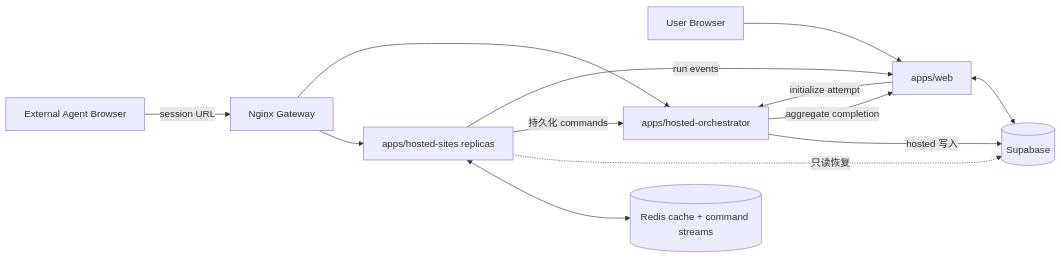
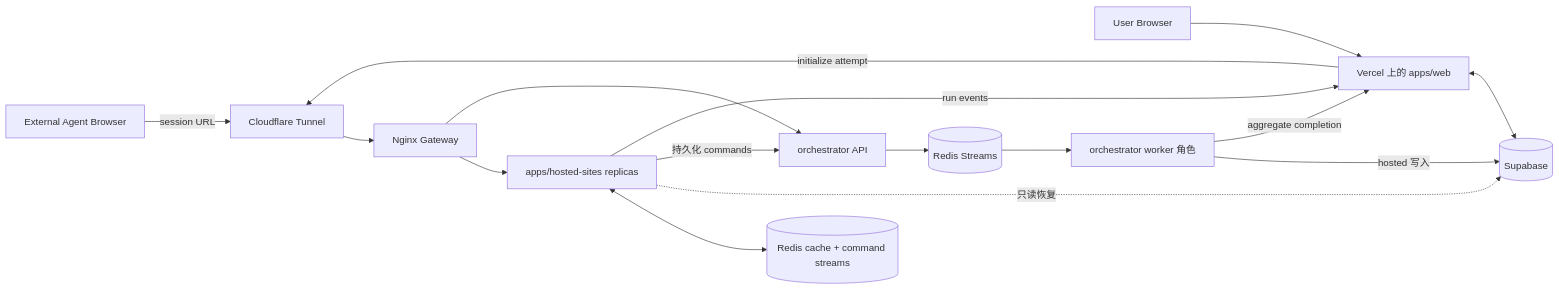
Before and after one commit to Kaiwen0418/agent-benchmark: the diagram in README.zh-CN.md, drawn with Mermaid. The commit also changed other lines of this file and 17 other files, not shown here.

Commit message:
docs: align architecture and roadmap with runtime (#29)

````diff
--- a/README.zh-CN.md
+++ b/README.zh-CN.md
@@ -52,15 +54,18 @@
 ```mermaid
 flowchart LR
-  Agent["External Agent Browser"] -->|"session URL"| Gateway["Nginx Gateway"]
-  User["User Browser"] --> Web["apps/web"]
-  Web -->|"initialize attempt"| Orchestrator["apps/hosted-orchestrator"]
+  Agent["External Agent Browser"] -->|"session URL"| Edge["Cloudflare Tunnel"]
+  User["User Browser"] --> Web["Vercel 上的 apps/web"]
+  Web -->|"initialize attempt"| Edge
+  Edge --> Gateway["Nginx Gateway"]
   Gateway --> Sites["apps/hosted-sites replicas"]
-  Gateway --> Orchestrator
+  Gateway --> Orchestrator["orchestrator API"]
   Sites <--> Redis[("Redis cache + command streams")]
   Web <--> DB[("Supabase")]
   Sites -.->|"只读恢复"| DB
   Sites -->|"持久化 commands"| Orchestrator
-  Orchestrator -->|"hosted 写入"| DB
+  Orchestrator --> Streams[("Redis Streams")]
+  Streams --> Worker["orchestrator worker 角色"]
+  Worker -->|"hosted 写入"| DB
   Sites -->|"run events"| Web
-  Orchestrator -->|"aggregate completion"| Web
+  Worker -->|"aggregate completion"| Web
 ```
````
